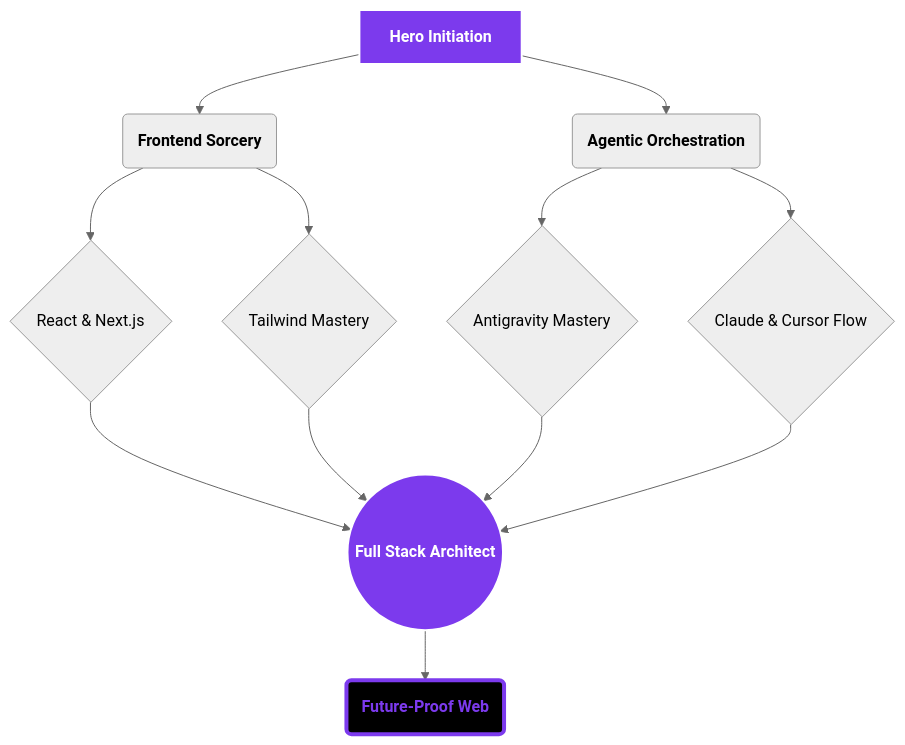
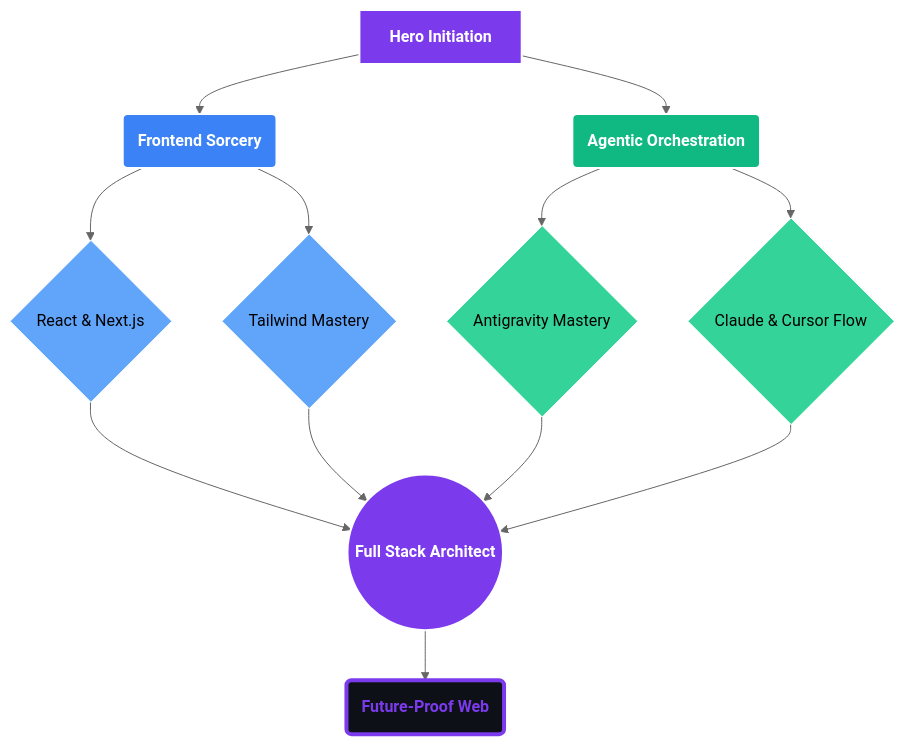
The diagram in README.md (Ashborn-047/Ashborn-047), drawn with Mermaid (neutral theme) before and after one commit. The commit also changed other lines of this file, not shown here.

````diff
--- a/README.md
+++ b/README.md
@@ -22,22 +22,28 @@
 ```mermaid
 graph TD
     A[<b>Hero Initiation</b>] --> B(<b>Frontend Sorcery</b>)
     A --> C(<b>Agentic Orchestration</b>)
     
     B --> B1{React & Next.js}
     B --> B2{Tailwind Mastery}
     
     C --> C1{Antigravity Mastery}
     C --> C2{Claude & Cursor Flow}
     
     B1 --> D((<b>Full Stack Architect</b>))
     B2 --> D
     C1 --> D
     C2 --> D
     
     D --> E(<b>Future-Proof Web</b>)
     
     style A fill:#7C3AED,stroke:#fff,stroke-width:2px,color:#fff
+    style B fill:#3B82F6,stroke:#fff,stroke-width:2px,color:#fff
+    style C fill:#10B981,stroke:#fff,stroke-width:2px,color:#fff
+    style B1 fill:#60A5FA,stroke:#fff,color:#000
+    style B2 fill:#60A5FA,stroke:#fff,color:#000
+    style C1 fill:#34D399,stroke:#fff,color:#000
+    style C2 fill:#34D399,stroke:#fff,color:#000
     style D fill:#7C3AED,stroke:#fff,stroke-width:2px,color:#fff
-    style E fill:#000,stroke:#7C3AED,stroke-width:4px,color:#7C3AED
+    style E fill:#0D1117,stroke:#7C3AED,stroke-width:4px,color:#7C3AED
 ```
````
